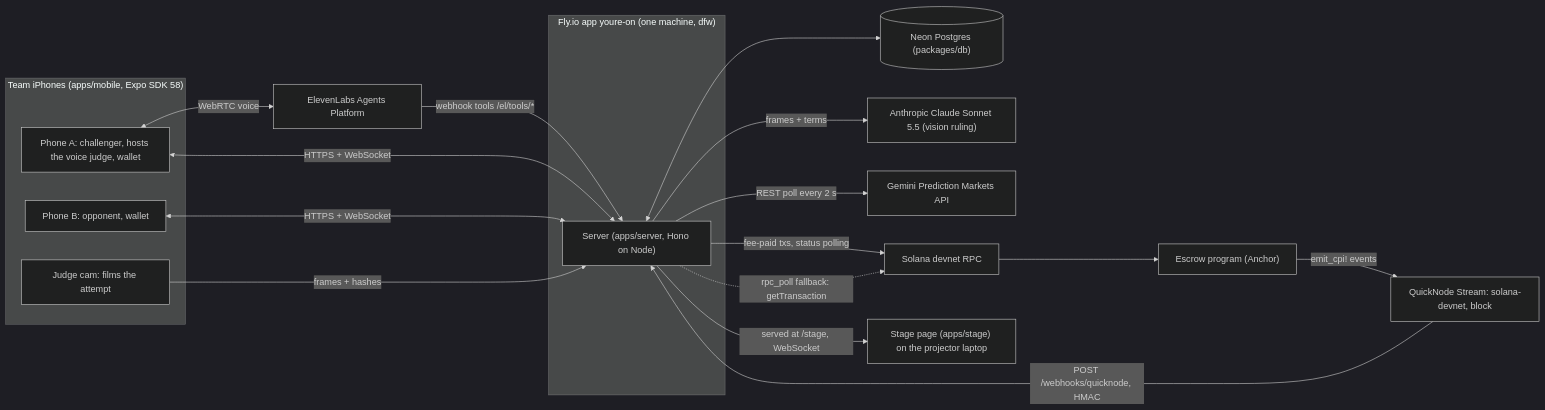
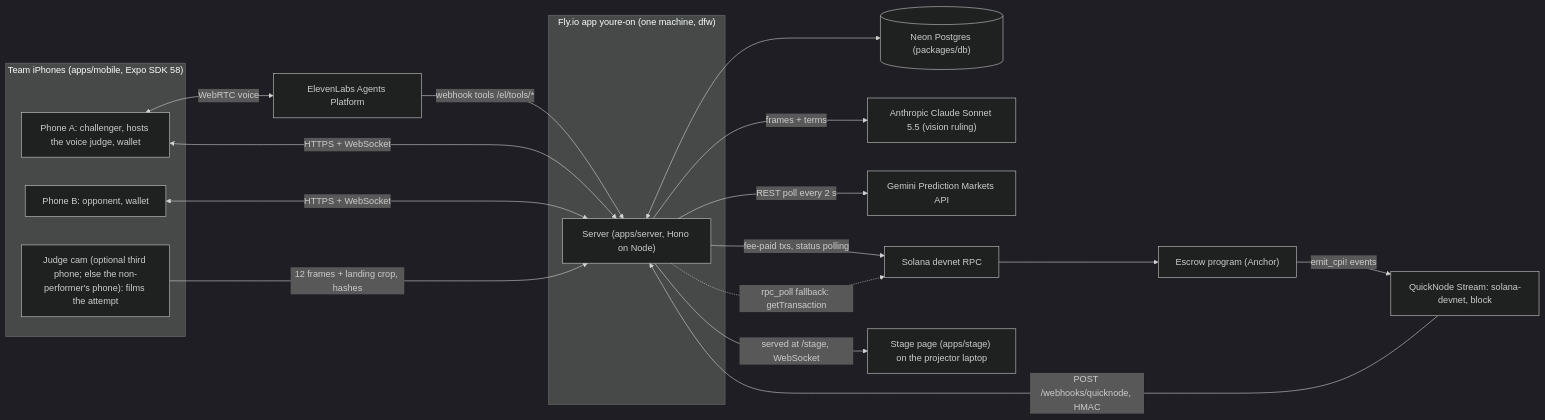
Before and after one commit to AlaricCode/YoureOn: the diagram in README.md, drawn with Mermaid (dark theme). The commit also changed other lines of this file and 4 other files, not shown here.

First line of the commit message:
docs: 12 frames + the landing crop, and the two-phone fallback (README, runbook, pitch, devpost, iOS build)

````diff
--- a/README.md
+++ b/README.md
@@ -54,34 +55,34 @@
 ```mermaid
 flowchart LR
   subgraph Phones["Team iPhones (apps/mobile, Expo SDK 58)"]
     A["Phone A: challenger, hosts the voice judge, wallet"]
     B["Phone B: opponent, wallet"]
-    J["Judge cam: films the attempt"]
+    J["Judge cam (optional third phone; else the non-performer's phone): films the attempt"]
   end
   subgraph Fly["Fly.io app youre-on (one machine, dfw)"]
     S["Server (apps/server, Hono on Node)"]
   end
   DB[("Neon Postgres (packages/db)")]
   EL["ElevenLabs Agents Platform"]
   AI["Anthropic Claude Sonnet 5.5 (vision ruling)"]
   G["Gemini Prediction Markets API"]
   RPC["Solana devnet RPC"]
   P["Escrow program (Anchor)"]
   Q["QuickNode Stream: solana-devnet, block"]
   ST["Stage page (apps/stage) on the projector laptop"]
 
   A <-->|"WebRTC voice"| EL
   EL -->|"webhook tools /el/tools/*"| S
   A <-->|"HTTPS + WebSocket"| S
   B <-->|"HTTPS + WebSocket"| S
-  J -->|"frames + hashes"| S
+  J -->|"12 frames + landing crop, hashes"| S
   S <--> DB
   S -->|"frames + terms"| AI
   S -->|"REST poll every 2 s"| G
   S -->|"fee-paid txs, status polling"| RPC
   RPC --> P
   P -->|"emit_cpi! events"| Q
   Q -->|"POST /webhooks/quicknode, HMAC"| S
   S -.->|"rpc_poll fallback: getTransaction"| RPC
   S -->|"served at /stage, WebSocket"| ST
 ```
````
